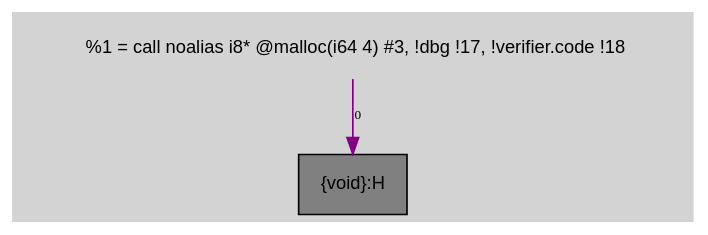
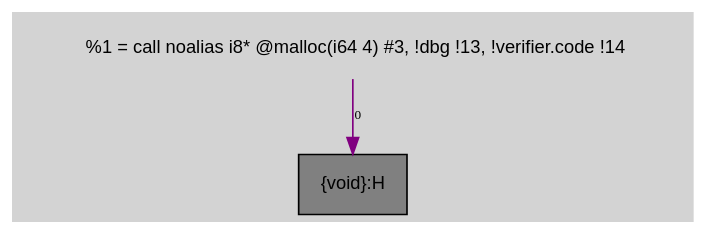
One commit to SpencerL-Y/SESL changed the diagram in bin/main.mem.dot. Above: the diagram before and after it, drawn with Graphviz. The commit also changed 6 other files, not shown here.

```diff
--- a/bin/main.mem.dot
+++ b/bin/main.mem.dot
@@ -1,8 +1,8 @@
 digraph unnamed {
 	graph [center=true, ratio=true, bgcolor=lightgray, fontname=Helvetica];
 	node  [fontname=Helvetica, fontsize=11];
 
-	Node0x1a0c130 [shape=record,fillcolor=gray, style=filled,label="{\{void\}:H}"];
-	Node0x19e15a0 [shape=plaintext, label ="  %1 = call noalias i8* @malloc(i64 4) #3, !dbg !17, !verifier.code !18"];
-	Node0x19e15a0 -> Node0x1a0c130[arrowtail=tee,label="0",fontsize=8,color=purple];
+	Node0x2333b60 [shape=record,fillcolor=gray, style=filled,label="{\{void\}:H}"];
+	Node0x23074f0 [shape=plaintext, label ="  %1 = call noalias i8* @malloc(i64 4) #3, !dbg !13, !verifier.code !14"];
+	Node0x23074f0 -> Node0x2333b60[arrowtail=tee,label="0",fontsize=8,color=purple];
 }
```
